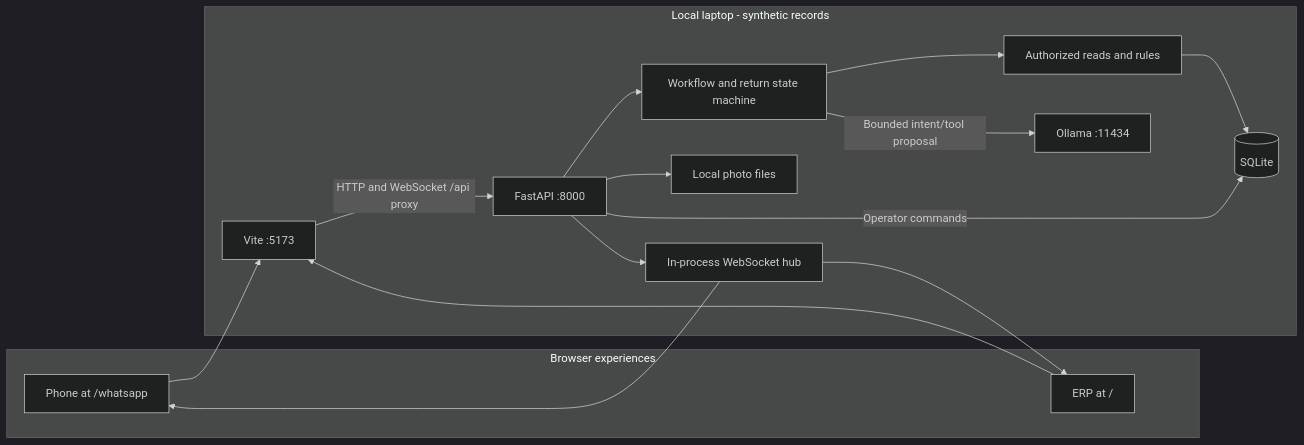
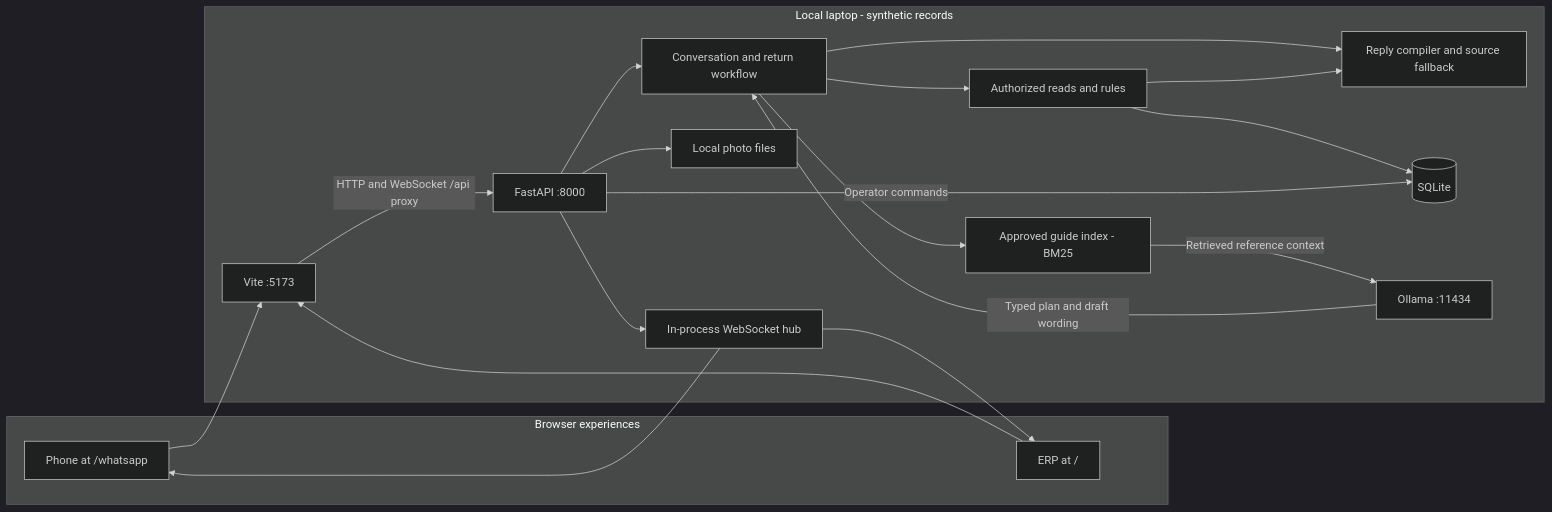
Before and after one commit to presish1/aim-retail-support: the first of 3 diagrams in docs/03-architecture.md, drawn with Mermaid (dark theme). The commit also changed other lines of this file and 38 other files, not shown here.

Commit message:
Add contextual support with approved-guide RAG and grounded replies

````diff
--- a/docs/03-architecture.md
+++ b/docs/03-architecture.md
@@ -11,28 +11,34 @@
 ```mermaid
 flowchart LR
     subgraph Browser[Browser experiences]
         PHONE[Phone at /whatsapp]
         ERP[ERP at /]
     end
     subgraph Local[Local laptop - synthetic records]
         V[Vite :5173]
         API[FastAPI :8000]
-        WF[Workflow and return state machine]
+        WF[Conversation and return workflow]
+        KB[Approved guide index - BM25]
+        COMP[Reply compiler and source fallback]
         READ[Authorized reads and rules]
         DB[(SQLite)]
         FILES[Local photo files]
         HUB[In-process WebSocket hub]
         O[Ollama :11434]
     end
     PHONE --> V
     ERP --> V
     V -->|HTTP and WebSocket /api proxy| API
     API --> WF
-    WF -->|Bounded intent/tool proposal| O
+    WF --> KB
+    KB -->|Retrieved reference context| O
+    O -->|Typed plan and draft wording| WF
     WF --> READ --> DB
+    WF --> COMP
+    READ --> COMP
     API -->|Operator commands| DB
     API --> FILES
     API --> HUB
     HUB --> PHONE
     HUB --> ERP
 ```
````
